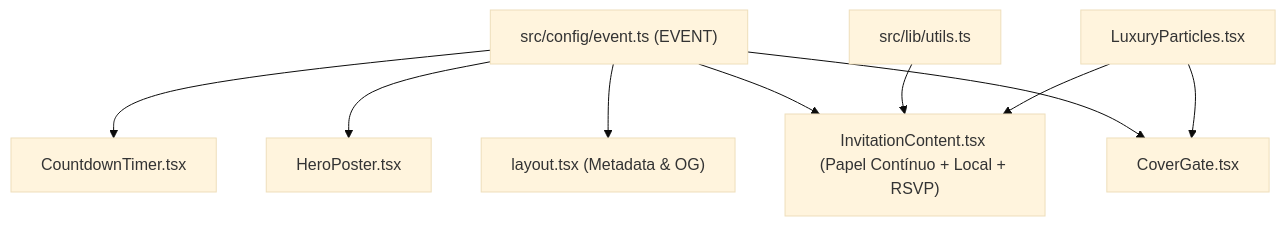
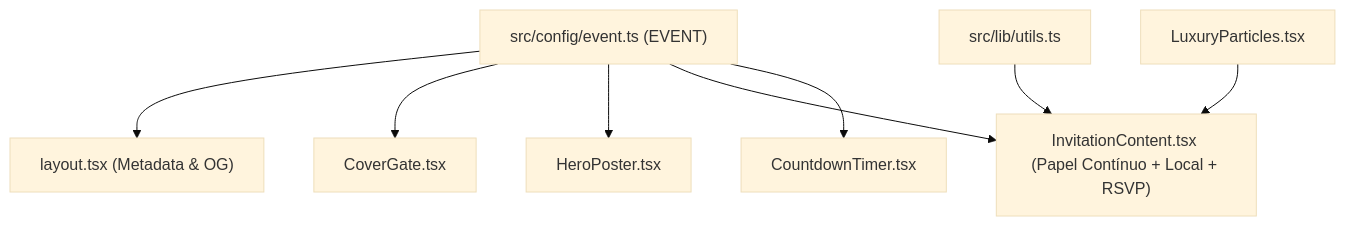
Before and after one commit to gomeslxy/carol-convite: the diagram in Docs/01-arquitetura-e-estrutura.md, drawn with Mermaid (base theme). The commit also changed other lines of this file and 120 other files, not shown here.

````diff
--- a/Docs/01-arquitetura-e-estrutura.md
+++ b/Docs/01-arquitetura-e-estrutura.md
@@ -95,11 +95,10 @@
 ```mermaid
 flowchart TD
     CFG["src/config/event.ts (EVENT)"] --> LAYOUT["layout.tsx (Metadata & OG)"]
     CFG --> COVER["CoverGate.tsx"]
     CFG --> POSTER["HeroPoster.tsx"]
     CFG --> CONTENT["InvitationContent.tsx (Papel Contínuo + Local + RSVP)"]
     CFG --> COUNT["CountdownTimer.tsx"]
     UTILS["src/lib/utils.ts"] --> CONTENT
-    PARTICLES["LuxuryParticles.tsx"] --> COVER
-    PARTICLES --> CONTENT
+    PARTICLES["LuxuryParticles.tsx"] --> CONTENT
 ```
````
